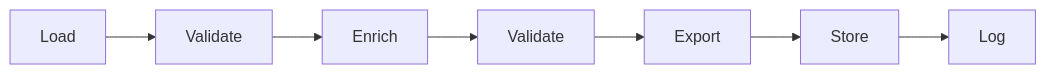
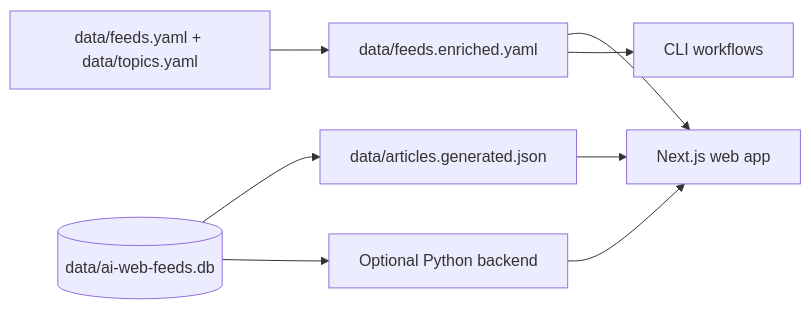
One commit to wyattowalsh/ai-web-feeds changed the diagram in apps/web/content/docs/development/architecture.mdx. Above: the diagram before and after it, drawn with Mermaid. The commit also changed other lines of this file and 31 other files, not shown here.

````diff
--- a/apps/web/content/docs/development/architecture.mdx
+++ b/apps/web/content/docs/development/architecture.mdx
@@ -14,9 +10,10 @@
 ```mermaid
-graph LR
-    A[Load] --> B[Validate]
-    B --> C[Enrich]
-    C --> D[Validate]
-    D --> E[Export]
-    E --> F[Store]
-    F --> G[Log]
+flowchart LR
+    catalog[data/feeds.yaml + data/topics.yaml] --> enriched[data/feeds.enriched.yaml]
+    enriched --> web[Next.js web app]
+    enriched --> cli[CLI workflows]
+    runtime[(data/ai-web-feeds.db)] --> corpus[data/articles.generated.json]
+    corpus --> web
+    runtime --> backend[Optional Python backend]
+    backend --> web
 ```
````
